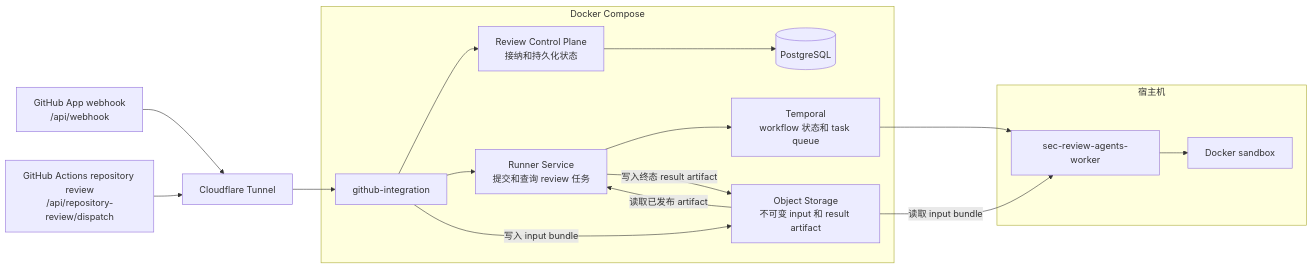
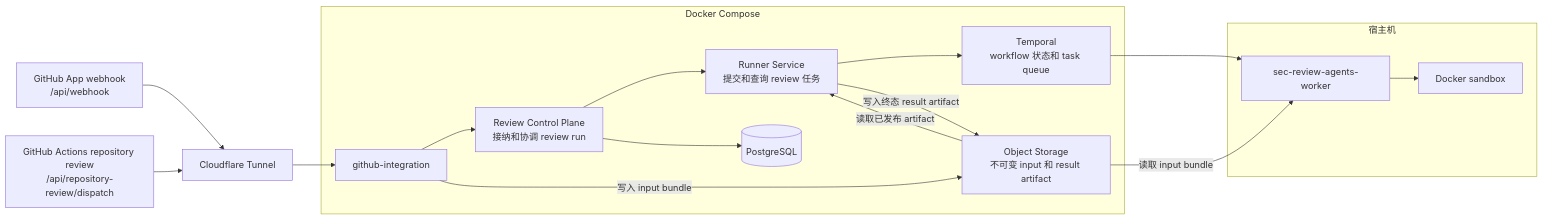
The diagram in docs/operations/LOCAL_INTEGRATED_DEPLOYMENT.zh.md (Agent-AI-Chalmers/sec-review-bot), drawn with Mermaid before and after one commit. The commit also changed other lines of this file and 34 other files, not shown here.

Commit message:
feat(control-plane): move Runner coordination behind control plane

````diff
--- a/docs/operations/LOCAL_INTEGRATED_DEPLOYMENT.zh.md
+++ b/docs/operations/LOCAL_INTEGRATED_DEPLOYMENT.zh.md
@@ -13,23 +13,23 @@
 ```mermaid
 flowchart LR
     webhook["GitHub App webhook<br/>/api/webhook"] --> tunnel["Cloudflare Tunnel"]
     dispatch["GitHub Actions repository review<br/>/api/repository-review/dispatch"] --> tunnel
 
     subgraph compose["Docker Compose"]
-        integration["github-integration"] --> control["Review Control Plane<br/>接纳和持久化状态"]
-        integration --> runner["Runner Service<br/>提交和查询 review 任务"]
+        integration["github-integration"] --> control["Review Control Plane<br/>接纳和协调 review run"]
+        control --> runner["Runner Service<br/>提交和查询 review 任务"]
         control --> postgres[(PostgreSQL)]
         runner --> temporal["Temporal<br/>workflow 状态和 task queue"]
         integration -->|写入 input bundle| storage["Object Storage<br/>不可变 input 和 result artifact"]
         runner -->|写入终态 result artifact| storage
     end
 
     subgraph host["宿主机"]
         worker["sec-review-agents-worker"] --> sandbox["Docker sandbox"]
     end
 
     tunnel --> integration
     temporal --> worker
     storage -->|读取 input bundle| worker
     storage -->|读取已发布 artifact| runner
 ```
````
